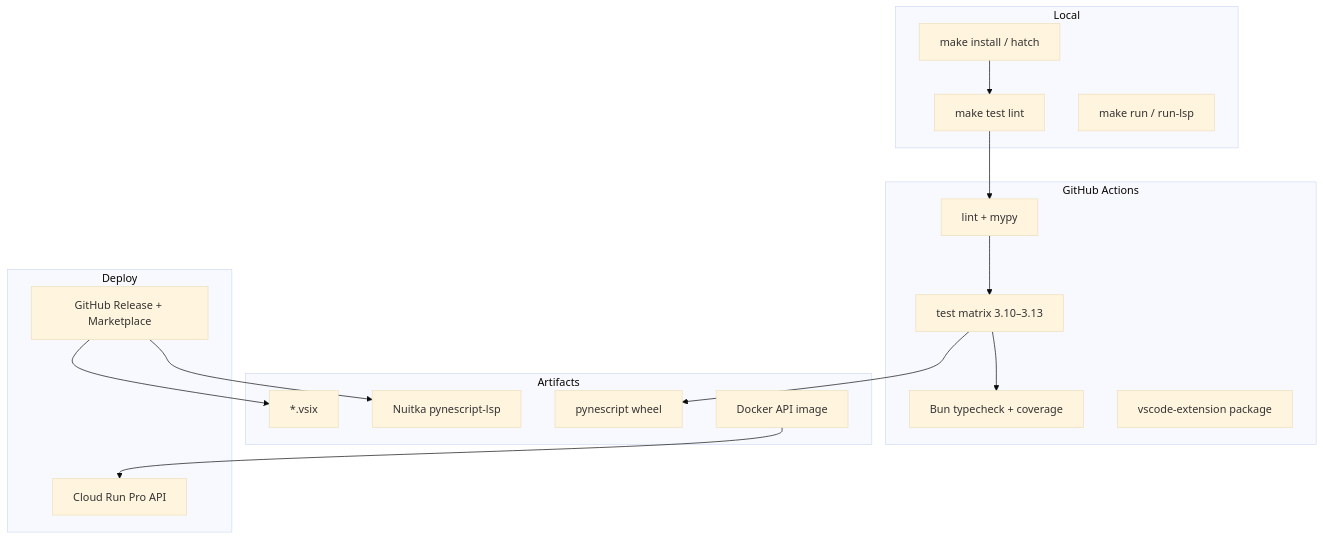
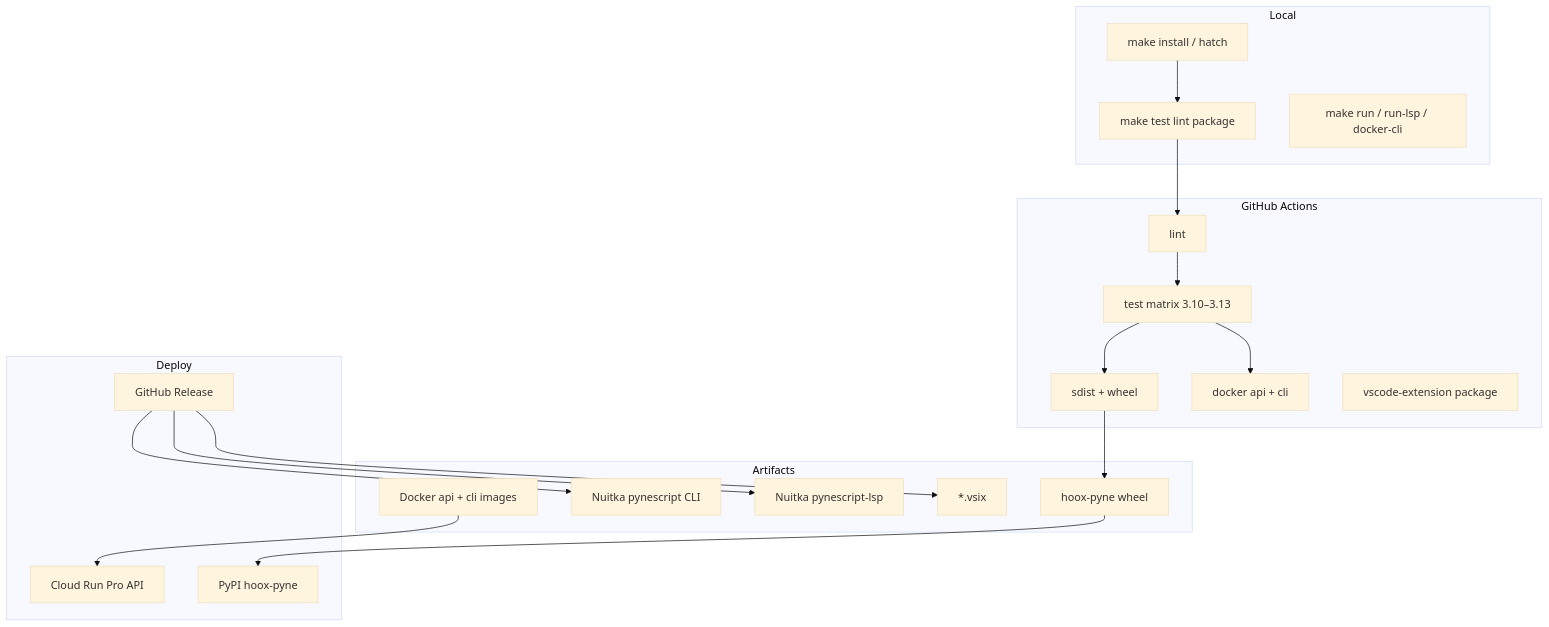
One commit to hoox-sh/pyne changed the diagram in docs/pyne/devops/index.mdx. Above: the diagram before and after it, drawn with Mermaid (base theme). The commit also changed other lines of this file and 8 other files, not shown here.

````diff
--- a/docs/pyne/devops/index.mdx
+++ b/docs/pyne/devops/index.mdx
@@ -35,30 +35,35 @@
 ```mermaid
 flowchart TB
   subgraph Local
     DEV[make install / hatch]
-    TEST[make test lint]
-    RUN[make run / run-lsp]
+    TEST[make test lint package]
+    RUN[make run / run-lsp / docker-cli]
   end
   subgraph CI["GitHub Actions"]
-    LINT[lint + mypy]
+    LINT[lint]
     PY[test matrix 3.10–3.13]
-    PWA[Bun typecheck + coverage]
+    PKG[sdist + wheel]
+    DOCK[docker api + cli]
     VSIX[vscode-extension package]
   end
   subgraph Artifacts
-    WHEEL[pynescript wheel]
+    WHEEL[hoox-pyne wheel]
+    CLIBIN[Nuitka pynescript CLI]
     LSPBIN[Nuitka pynescript-lsp]
     VSIXART[*.vsix]
-    IMG[Docker API image]
+    IMG[Docker api + cli images]
   end
   subgraph Deploy
     CR[Cloud Run Pro API]
-    REL[GitHub Release + Marketplace]
+    PYPI[PyPI hoox-pyne]
+    REL[GitHub Release]
   end
   DEV --> TEST --> LINT
-  LINT --> PY --> PWA
-  PY --> WHEEL
+  LINT --> PY --> PKG
+  PY --> DOCK
+  PKG --> WHEEL --> PYPI
+  REL --> CLIBIN
   REL --> LSPBIN
   REL --> VSIXART
   IMG --> CR
 ```
````
